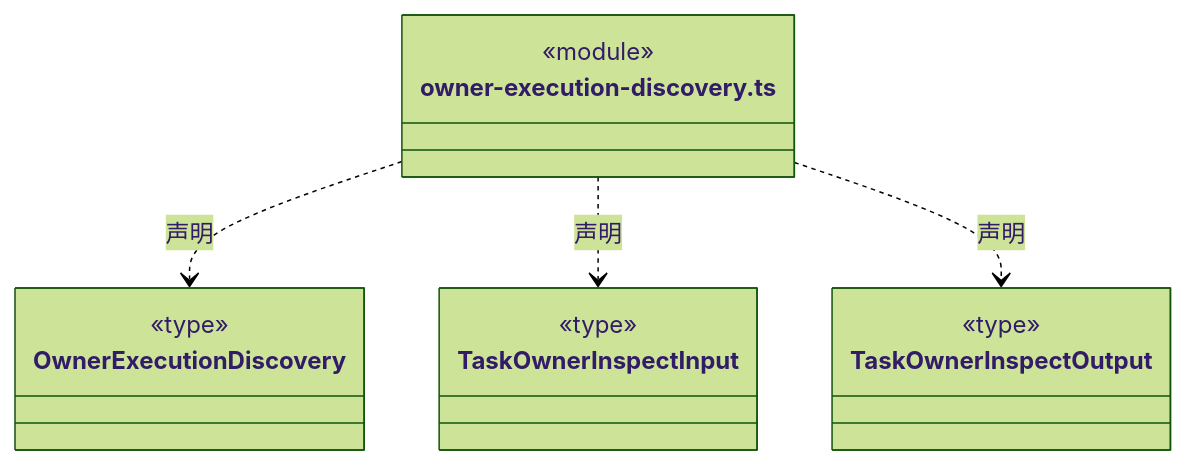
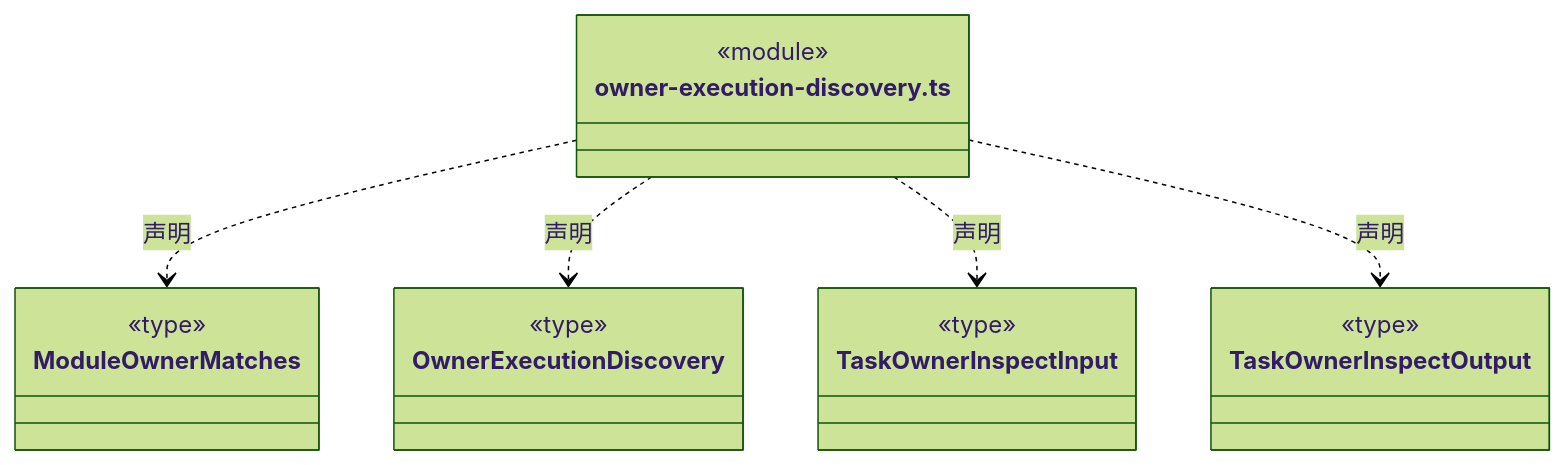
One commit to nan023062/cbim changed diagram 12 of 31 in src/backend/core/team/ARCHITECTURE.md. Above: the diagram before and after it, drawn with Mermaid (forest theme). The commit also changed other lines of this file and 62 other files, not shown here.

First line of the commit message:
feat: resolve implicit owners and unify architecture governance views

````diff
--- a/src/backend/core/team/ARCHITECTURE.md
+++ b/src/backend/core/team/ARCHITECTURE.md
@@ -237,21 +250,26 @@
 ```mermaid
 classDiagram
 class N_src_backend_core_team_owner_execution_discovery_ts["owner-execution-discovery.ts"] {
   <<module>>
 }
+class N_src_backend_core_team_owner_execution_discovery_ts_ModuleOwnerMatches["ModuleOwnerMatches"] {
+  <<type>>
+
+}
+N_src_backend_core_team_owner_execution_discovery_ts ..> N_src_backend_core_team_owner_execution_discovery_ts_ModuleOwnerMatches : 声明
 class N_src_backend_core_team_owner_execution_discovery_ts_OwnerExecutionDiscovery["OwnerExecutionDiscovery"] {
   <<type>>
 
 }
 N_src_backend_core_team_owner_execution_discovery_ts ..> N_src_backend_core_team_owner_execution_discovery_ts_OwnerExecutionDiscovery : 声明
 class N_src_backend_core_team_owner_execution_discovery_ts_TaskOwnerInspectInput["TaskOwnerInspectInput"] {
   <<type>>
 
 }
 N_src_backend_core_team_owner_execution_discovery_ts ..> N_src_backend_core_team_owner_execution_discovery_ts_TaskOwnerInspectInput : 声明
 class N_src_backend_core_team_owner_execution_discovery_ts_TaskOwnerInspectOutput["TaskOwnerInspectOutput"] {
   <<type>>
 
 }
 N_src_backend_core_team_owner_execution_discovery_ts ..> N_src_backend_core_team_owner_execution_discovery_ts_TaskOwnerInspectOutput : 声明
 ```
````
